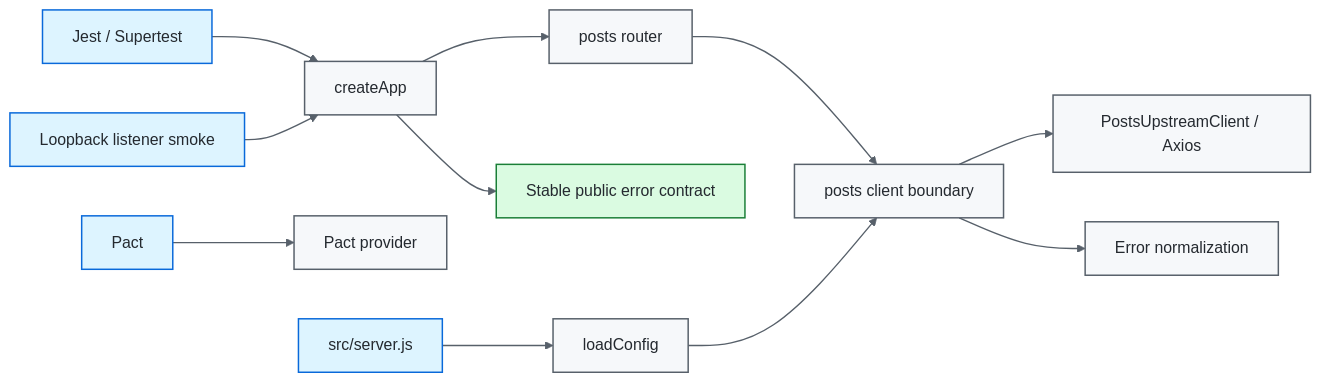
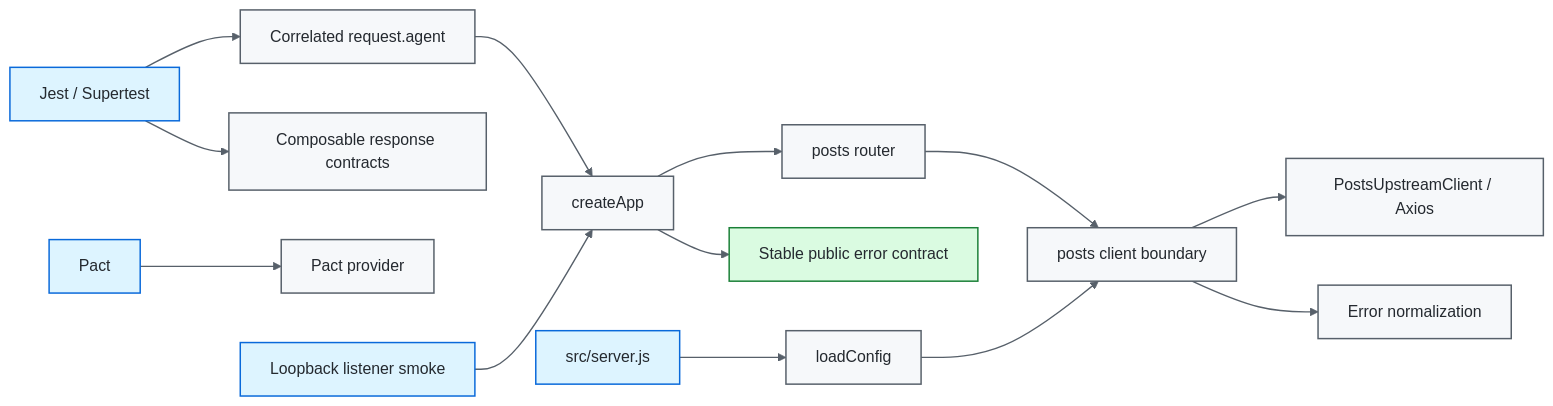
Before and after one commit to portyu9/qa-automation-node-supertest: the diagram in README.md, drawn with Mermaid. The commit also changed other lines of this file, not shown here.

Commit message:
docs: synchronize Supertest capability surface

````diff
--- a/README.md
+++ b/README.md
@@ -40,21 +41,23 @@
 ```mermaid
 flowchart LR
-    TEST[Jest / Supertest] --> APP[createApp]
+    TEST[Jest / Supertest] --> AGENT[Correlated request.agent]
+    AGENT --> APP[createApp]
     APP --> ROUTE[posts router]
     ROUTE --> PORT[posts client boundary]
     PORT --> AXIOS[PostsUpstreamClient / Axios]
     PORT --> ERR[Error normalization]
+    TEST --> EXPECT[Composable response contracts]
     PACT[Pact] --> MOCK[Pact provider]
     LISTENER[Loopback listener smoke] --> APP
     SERVER[src/server.js] --> CFG[loadConfig]
     CFG --> PORT
     APP --> ENVELOPE[Stable public error contract]
 
     classDef entry fill:#ddf4ff,stroke:#0969da,color:#24292f,stroke-width:1.5px;
     classDef core fill:#f6f8fa,stroke:#57606a,color:#24292f,stroke-width:1.5px;
     classDef evidence fill:#dafbe1,stroke:#1a7f37,color:#24292f,stroke-width:1.5px;
     class TEST,PACT,LISTENER,SERVER entry;
-    class APP,ROUTE,PORT,AXIOS,ERR,MOCK,CFG core;
+    class AGENT,APP,ROUTE,PORT,AXIOS,ERR,EXPECT,MOCK,CFG core;
     class ENVELOPE evidence;
     linkStyle default stroke:#57606a,stroke-width:1.4px;
 ```
````
